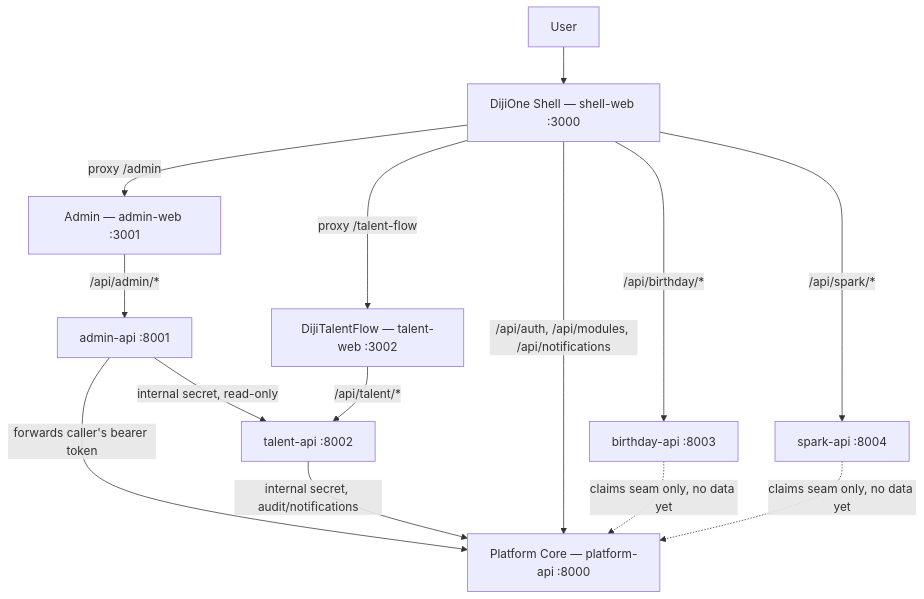
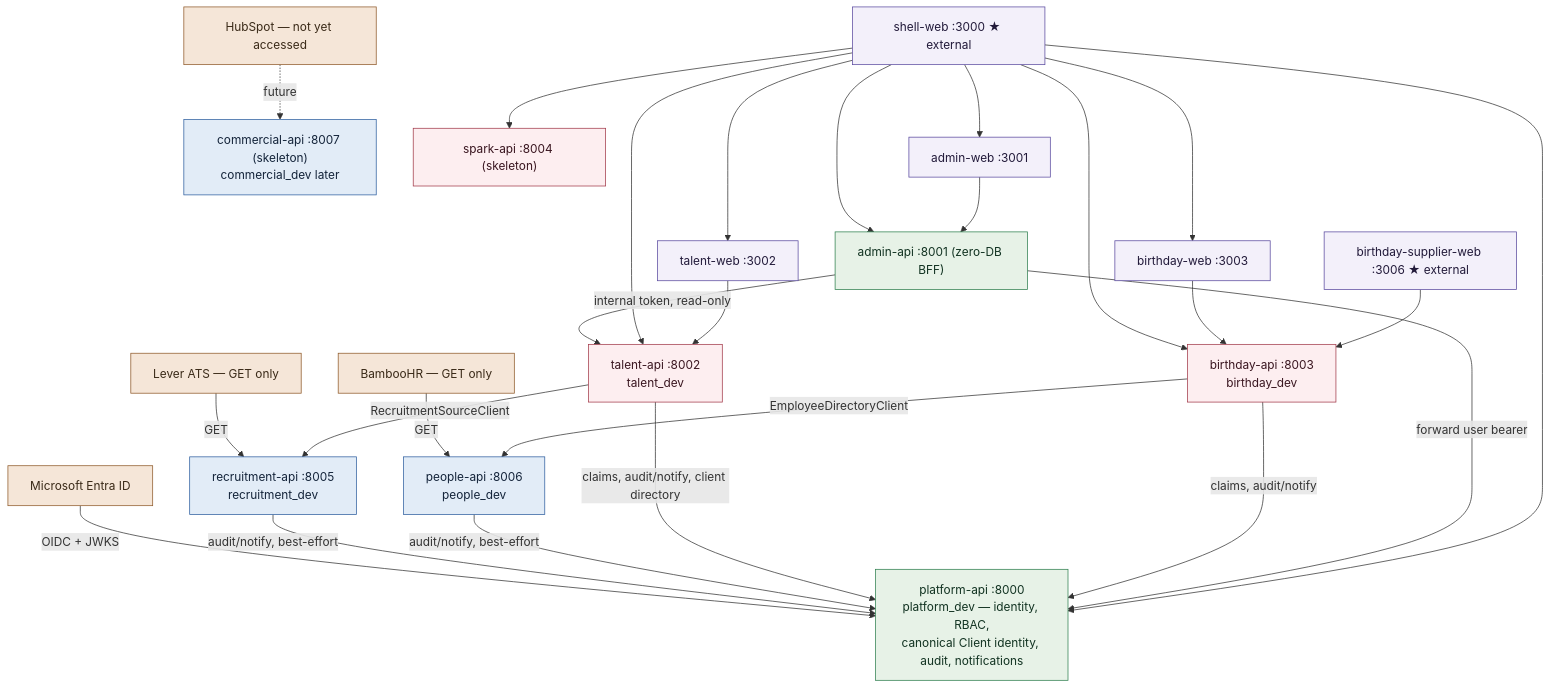
One commit to IMWeeriyasinghe/dijione-platform changed the diagram in docs/platform/service-architecture.md. Above: the diagram before and after it, drawn with Mermaid. The commit also changed other lines of this file and 67 other files, not shown here.

First line of the commit message:
feat(wave-f): commercial-api skeleton, HubSpot relocation, Communication seam, contracts split, doc reconciliation

````diff
--- a/docs/platform/service-architecture.md
+++ b/docs/platform/service-architecture.md
@@ -20,18 +50,50 @@
 ```mermaid
 flowchart TB
-    U[User] --> Shell[DijiOne Shell — shell-web :3000]
-    Shell -->|proxy /admin| Admin[Admin — admin-web :3001]
-    Shell -->|proxy /talent-flow| Talent[DijiTalentFlow — talent-web :3002]
+    classDef ext fill:#f5e6d8,stroke:#8f5a2a,color:#3a2a18
+    classDef src fill:#e2ecf7,stroke:#2f5f9f,color:#14243a
+    classDef core fill:#e7f2e7,stroke:#2f7f4f,color:#123322
+    classDef app fill:#fdeef0,stroke:#a23a4a,color:#3a1620
+    classDef fe fill:#f3f0fa,stroke:#5a4a9f,color:#221a3a
 
-    Shell -->|/api/auth, /api/modules, /api/notifications| Platform[Platform Core — platform-api :8000]
-    Admin -->|/api/admin/*| AdminAPI[admin-api :8001]
-    Talent -->|/api/talent/*| TalentAPI[talent-api :8002]
-    Shell -->|/api/birthday/*| BirthdayAPI[birthday-api :8003]
-    Shell -->|/api/spark/*| SparkAPI[spark-api :8004]
+    LEVER[Lever ATS — GET only]:::ext
+    BAMBOO[BambooHR — GET only]:::ext
+    HUBSPOT[HubSpot — not yet accessed]:::ext
+    ENTRA[Microsoft Entra ID]:::ext
 
-    AdminAPI -->|forwards caller's bearer token| Platform
-    AdminAPI -->|internal secret, read-only| TalentAPI
-    TalentAPI -->|internal secret, audit/notifications| Platform
-    BirthdayAPI -.claims seam only, no data yet.-> Platform
-    SparkAPI -.claims seam only, no data yet.-> Platform
+    REC["recruitment-api :8005<br/>recruitment_dev"]:::src
+    PEOPLE["people-api :8006<br/>people_dev"]:::src
+    COMM["commercial-api :8007 (skeleton)<br/>commercial_dev later"]:::src
+
+    PLAT["platform-api :8000<br/>platform_dev — identity, RBAC,<br/>canonical Client identity, audit, notifications"]:::core
+    ADMIN["admin-api :8001 (zero-DB BFF)"]:::core
+
+    TALENT["talent-api :8002<br/>talent_dev"]:::app
+    BDAY["birthday-api :8003<br/>birthday_dev"]:::app
+    SPARK["spark-api :8004 (skeleton)"]:::app
+
+    SHELL["shell-web :3000 ★ external"]:::fe
+    AWEB[admin-web :3001]:::fe
+    TWEB[talent-web :3002]:::fe
+    BWEB[birthday-web :3003]:::fe
+    SUPWEB["birthday-supplier-web :3006 ★ external"]:::fe
+
+    LEVER -->|GET| REC
+    BAMBOO -->|GET| PEOPLE
+    HUBSPOT -.->|future| COMM
+    ENTRA -->|OIDC + JWKS| PLAT
+
+    REC -->|audit/notify, best-effort| PLAT
+    PEOPLE -->|audit/notify, best-effort| PLAT
+    TALENT -->|RecruitmentSourceClient| REC
+    TALENT -->|claims, audit/notify, client directory| PLAT
+    BDAY -->|EmployeeDirectoryClient| PEOPLE
+    BDAY -->|claims, audit/notify| PLAT
+    ADMIN -->|forward user bearer| PLAT
+    ADMIN -->|internal token, read-only| TALENT
+
+    SHELL --> AWEB & TWEB & BWEB & PLAT & ADMIN & TALENT & BDAY & SPARK
+    TWEB --> TALENT
+    AWEB --> ADMIN
+    BWEB --> BDAY
+    SUPWEB --> BDAY
 ```
````
